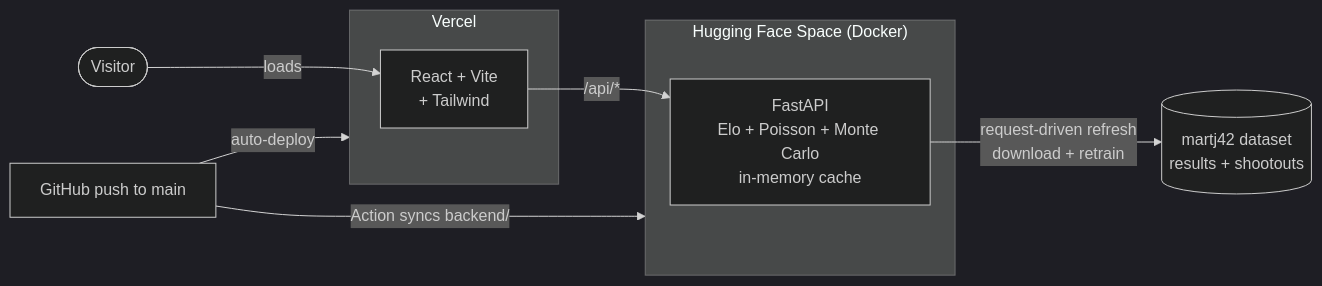
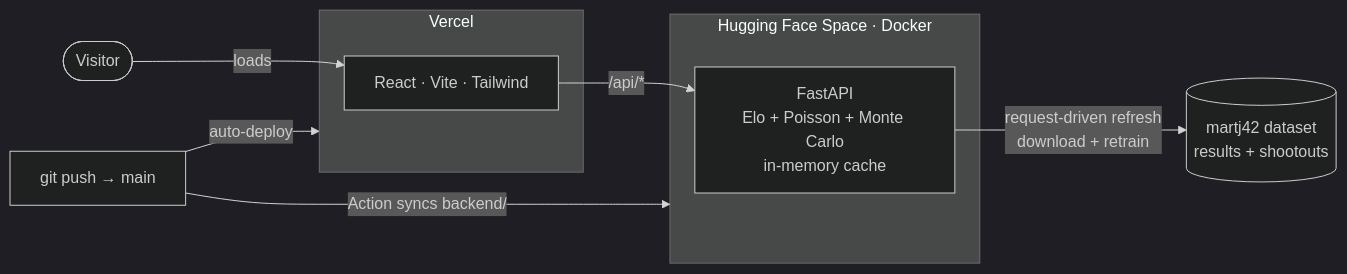
The diagram in README.md (didadoy/xcup-2026), drawn with Mermaid (dark theme) before and after one commit. The commit also changed other lines of this file, not shown here.

````diff
--- a/README.md
+++ b/README.md
@@ -56,17 +71,15 @@
 ```mermaid
 flowchart LR
     DS[("martj42 dataset<br/>results + shootouts")]
-    subgraph HF["Hugging Face Space (Docker)"]
+    subgraph HF["Hugging Face Space · Docker"]
       API["FastAPI<br/>Elo + Poisson + Monte Carlo<br/>in-memory cache"]
     end
     subgraph V["Vercel"]
-      FE["React + Vite<br/>+ Tailwind"]
+      FE["React · Vite · Tailwind"]
     end
-    USER(["Visitor"])
-
-    USER -->|loads| FE
+    USER(["Visitor"]) -->|loads| FE
     FE -->|/api/*| API
     API -->|request-driven refresh<br/>download + retrain| DS
-    GH["GitHub push to main"] -->|Action syncs backend/| HF
+    GH["git push → main"] -->|Action syncs backend/| HF
     GH -->|auto-deploy| V
 ```
````
